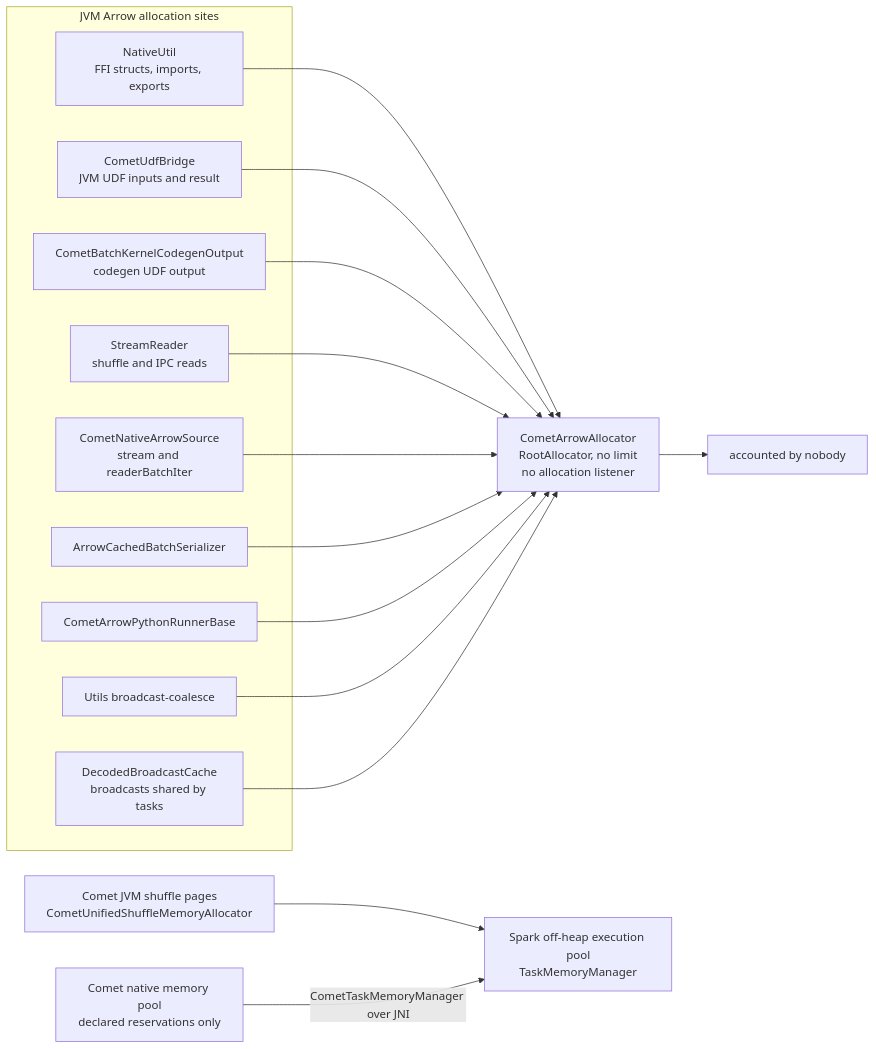
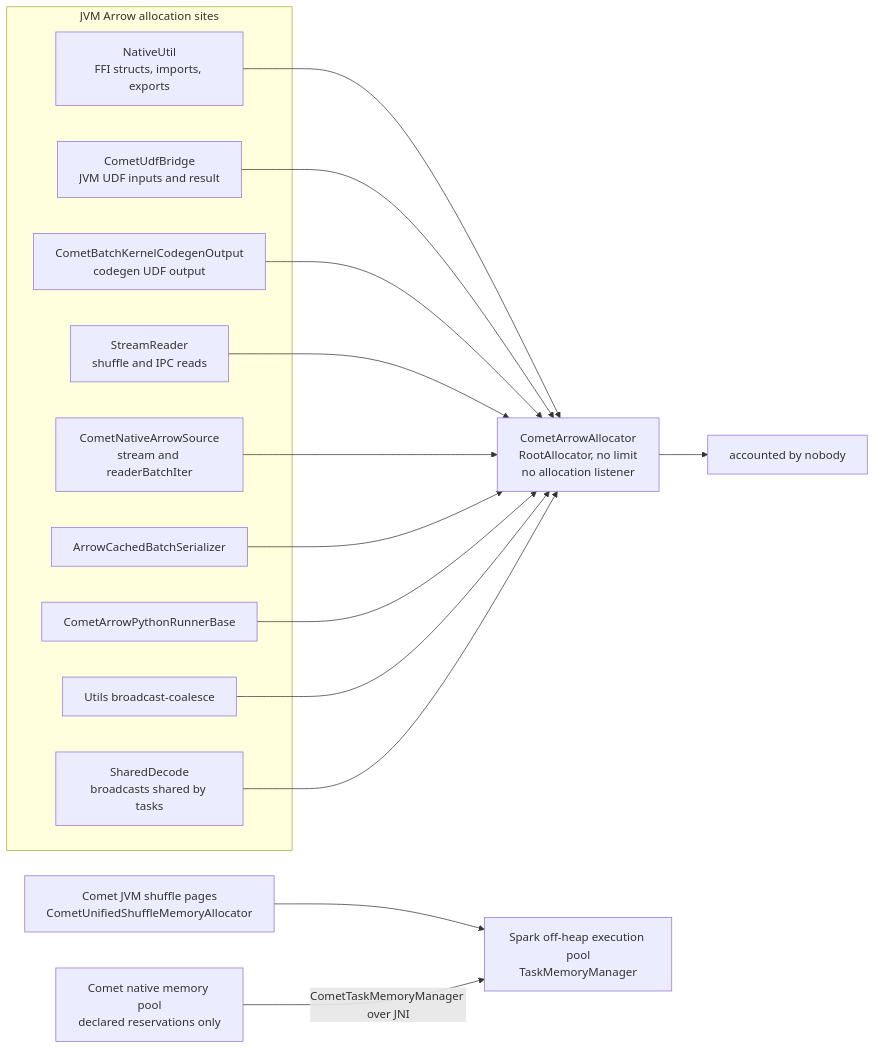
The first of 2 diagrams in docs/source/contributor-guide/memory_management.md (apache/datafusion-comet), drawn with Mermaid before and after one commit. The commit also changed other lines of this file and 13 other files, not shown here.

First line of the commit message:
refactor: keep the shared broadcast decode on the broadcast value

````diff
--- a/docs/source/contributor-guide/memory_management.md
+++ b/docs/source/contributor-guide/memory_management.md
@@ -149,33 +159,33 @@
 ```mermaid
 flowchart LR
   subgraph SITES["JVM Arrow allocation sites"]
     NU["NativeUtil<br>FFI structs, imports, exports"]
     UDF["CometUdfBridge<br>JVM UDF inputs and result"]
     CGO["CometBatchKernelCodegenOutput<br>codegen UDF output"]
     SR["StreamReader<br>shuffle and IPC reads"]
     NAS["CometNativeArrowSource<br>stream and readerBatchIter"]
     CACHE["ArrowCachedBatchSerializer"]
     PY["CometArrowPythonRunnerBase"]
     BC["Utils broadcast-coalesce"]
-    DBC["DecodedBroadcastCache<br>broadcasts shared by tasks"]
+    DBC["SharedDecode<br>broadcasts shared by tasks"]
   end
 
   ROOT["CometArrowAllocator<br>RootAllocator, no limit<br>no allocation listener"]
   SHUF["Comet JVM shuffle pages<br>CometUnifiedShuffleMemoryAllocator"]
   NPOOL["Comet native memory pool<br>declared reservations only"]
   TMM["Spark off-heap execution pool<br>TaskMemoryManager"]
   NOBODY["accounted by nobody"]
 
   NU --> ROOT
   UDF --> ROOT
   CGO --> ROOT
   SR --> ROOT
   NAS --> ROOT
   CACHE --> ROOT
   PY --> ROOT
   BC --> ROOT
   DBC --> ROOT
   ROOT --> NOBODY
   SHUF --> TMM
   NPOOL -->|"CometTaskMemoryManager over JNI"| TMM
 ```
````
